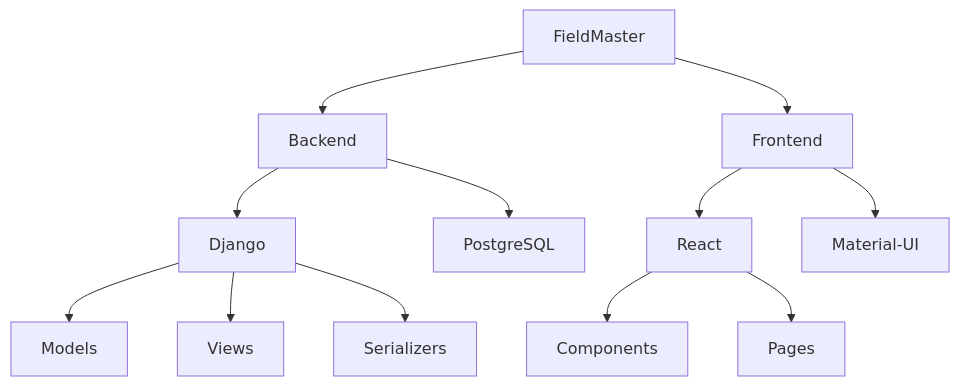
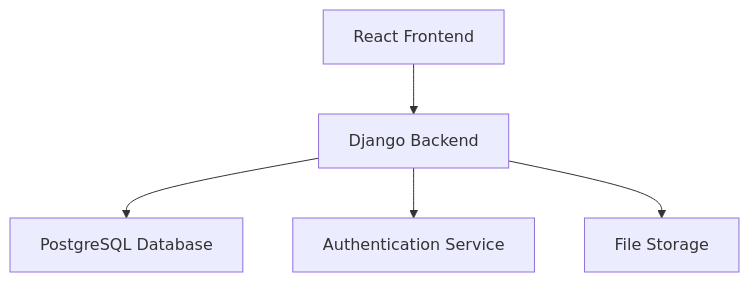
One commit to downeasternman/Fieldmaster changed the diagram in documentation.md. Above: the diagram before and after it, drawn with Mermaid. The commit also changed other lines of this file, not shown here.

````diff
--- a/documentation.md
+++ b/documentation.md
@@ -5,14 +8,7 @@
 ```mermaid
 graph TD
-    A[FieldMaster] --> B[Backend]
-    A --> C[Frontend]
-    B --> D[Django]
-    B --> E[PostgreSQL]
-    C --> F[React]
-    C --> G[Material-UI]
-    D --> H[Models]
-    D --> I[Views]
-    D --> J[Serializers]
-    F --> K[Components]
-    F --> L[Pages]
+    A[React Frontend] --> B[Django Backend]
+    B --> C[PostgreSQL Database]
+    B --> D[Authentication Service]
+    B --> E[File Storage]
 ```
````
